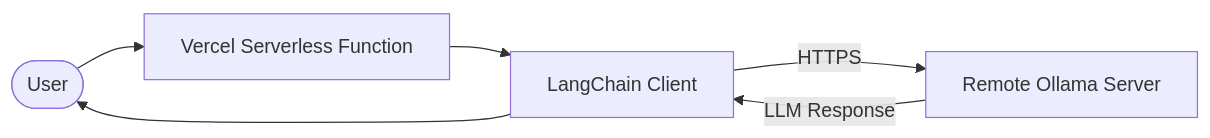
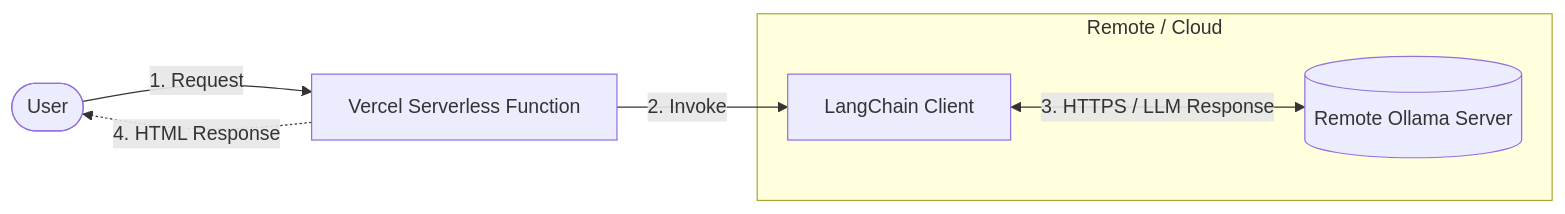
One commit to baloglu321/mlops-journey changed the diagram in week-1/day-1/README.md. Above: the diagram before and after it, drawn with Mermaid. The commit also changed 3 other files, not shown here.

````diff
--- a/week-1/day-1/README.md
+++ b/week-1/day-1/README.md
@@ -17,8 +17,18 @@
 ```mermaid
-graph LR
-    User([User]) --> Vercel[Vercel Serverless Function]
-    Vercel --> LangChain[LangChain Client]
-    LangChain -- "HTTPS" --> RemoteOllama[Remote Ollama Server]
-    RemoteOllama -- "LLM Response" --> LangChain
-    LangChain --> User
+flowchart LR
+    %% Nodes
+    User([User])
+    Vercel[Vercel Serverless Function]
+    LC[LangChain Client]
+    Ollama[("Remote Ollama Server")]
+
+    %% Flow
+    User -->|1. Request| Vercel
+    Vercel -->|2. Invoke| LC
+    
+    subgraph "Remote / Cloud"
+        LC <-->|3. HTTPS / LLM Response| Ollama
+    end
+
+    Vercel -.->|4. HTML Response| User
 ```
````
